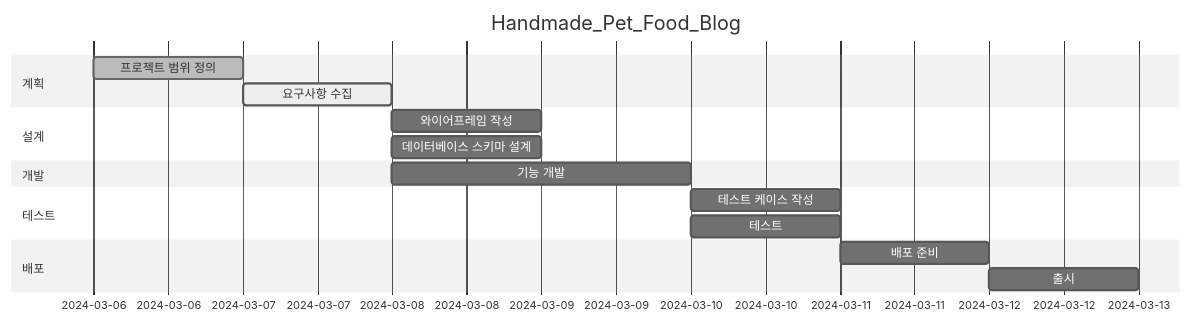
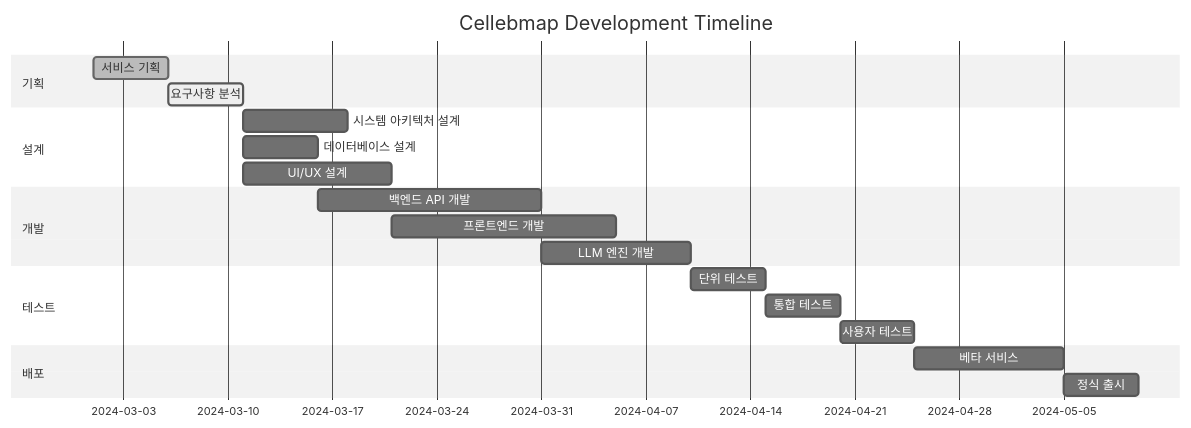
Before and after one commit to Cellebmap/.README: the second of 2 diagrams in README.md, drawn with Mermaid (neutral theme). The commit also changed other lines of this file, not shown here.

````diff
--- a/README.md
+++ b/README.md
@@ -77,19 +92,23 @@
 ```mermaid
 gantt
-    title Handmade_Pet_Food_Blog
+    title Cellebmap Development Timeline
     dateFormat  YYYY-MM-DD
-    section 계획
-    프로젝트 범위 정의        :done,    des1, 2024-03-06, 1d
-    요구사항 수집             :active,  des2, after des1, 1d
+    section 기획
+    서비스 기획              :done,    plan1, 2024-03-01, 5d
+    요구사항 분석            :active,  plan2, after plan1, 5d
     section 설계
-    와이어프레임 작성         :         des3, after des2, 1d
-    데이터베이스 스키마 설계  :         des4, after des2, 1d
+    시스템 아키텍처 설계     :         arch1, after plan2, 7d
+    데이터베이스 설계        :         arch2, after plan2, 5d
+    UI/UX 설계              :         arch3, after plan2, 10d
     section 개발
-    기능 개발                :         dev2, after des2, 2d
+    백엔드 API 개발          :         dev1, after arch2, 15d
+    프론트엔드 개발          :         dev2, after arch3, 15d
+    LLM 엔진 개발           :         dev3, after dev1, 10d
     section 테스트
-    테스트 케이스 작성       :         tes1, after dev2, 1d
-    테스트                  :         tes2, after dev2, 1d
+    단위 테스트              :         test1, after dev3, 5d
+    통합 테스트              :         test2, after test1, 5d
+    사용자 테스트            :         test3, after test2, 5d
     section 배포
-    배포 준비               :         dep1, after tes2, 1d
-    출시                    :         dep2, after dep1, 1d
+    베타 서비스              :         deploy1, after test3, 10d
+    정식 출시                :         deploy2, after deploy1, 5d
 ```
````
